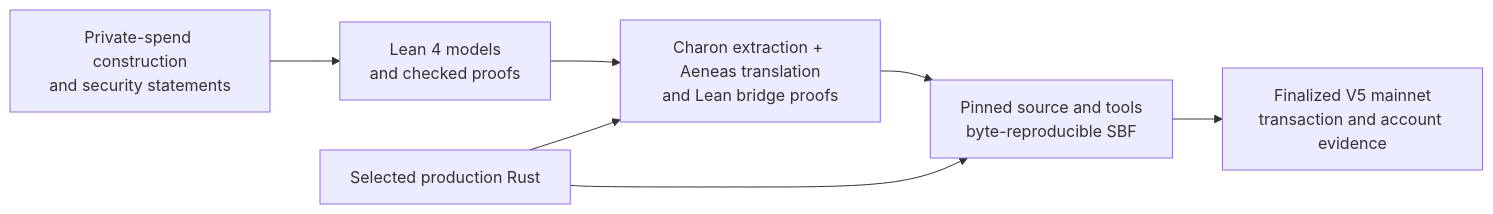
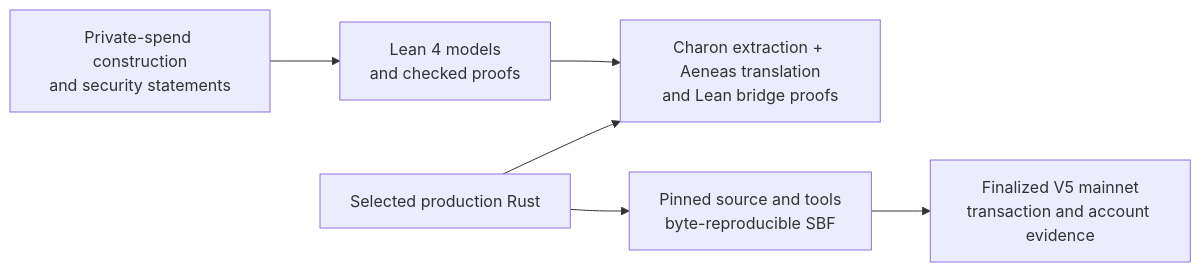
Before and after one commit to DJBarker87/aspis: the diagram in README.md, drawn with Mermaid. The commit also changed other lines of this file and 14 other files, not shown here.

````diff
--- a/README.md
+++ b/README.md
@@ -18,16 +18,15 @@
 ```mermaid
 flowchart LR
     D["Private-spend construction<br/>and security statements"]
     L["Lean 4 models<br/>and checked proofs"]
     R["Selected production Rust"]
     A["Charon extraction + Aeneas translation<br/>and Lean bridge proofs"]
     B["Pinned source and tools<br/>byte-reproducible SBF"]
     X["Finalized V5 mainnet<br/>transaction and account evidence"]
 
     D --> L
     L --> A
     R --> A
     R --> B
-    A --> B
     B --> X
 ```
````
